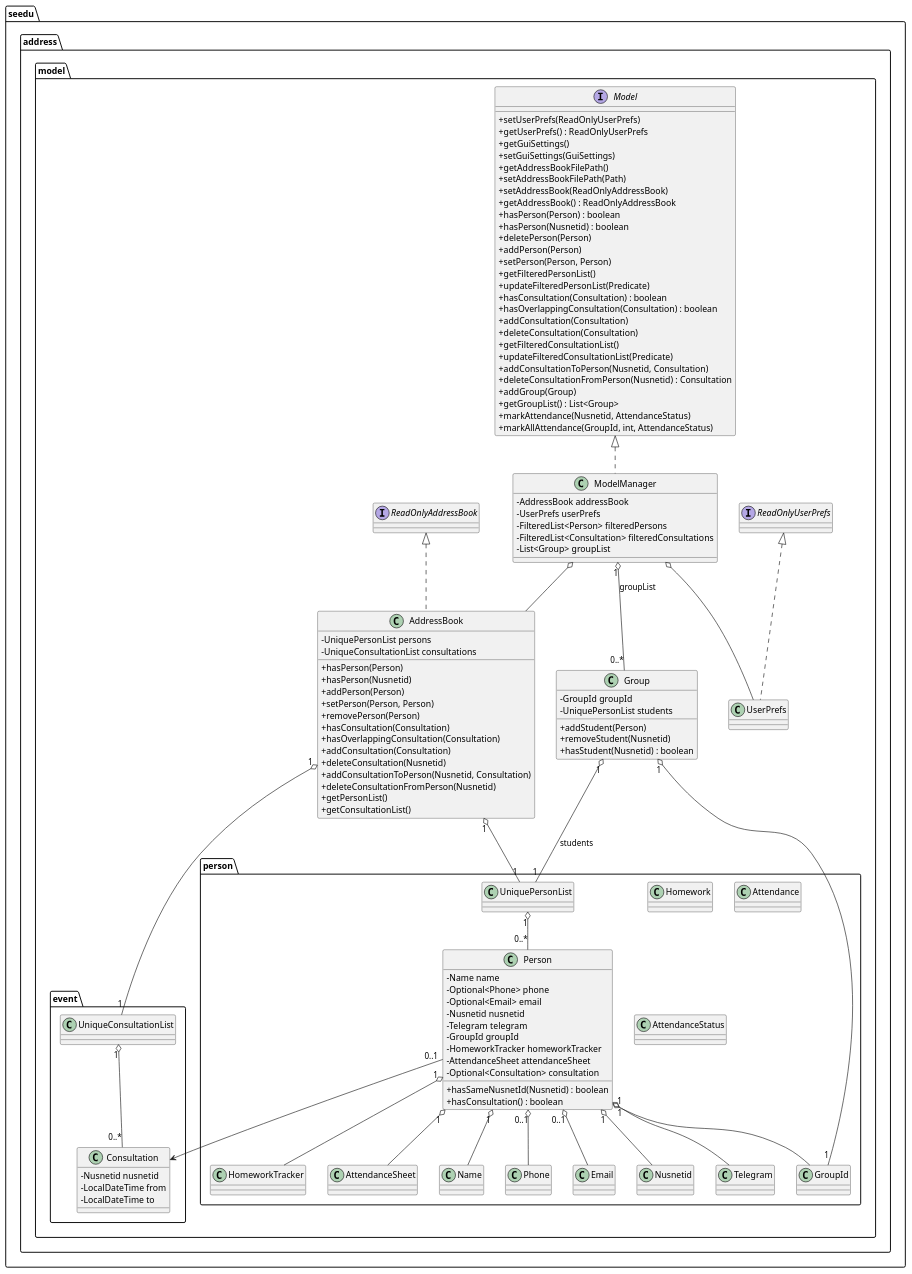
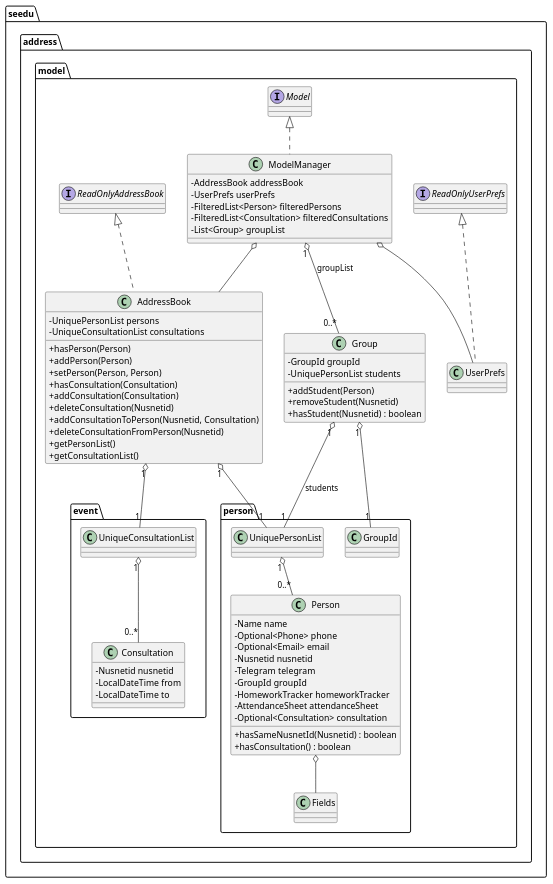
One commit to chuckyang123/tp changed the diagram in docs/diagrams/BetterModelClassDiagram.puml. Above: the diagram before and after it, drawn with PlantUML. The commit also changed 3 other files, not shown here.

```diff
--- a/docs/diagrams/BetterModelClassDiagram.puml
+++ b/docs/diagrams/BetterModelClassDiagram.puml
@@ -1,144 +1,97 @@
 @startuml
 ' Better Model Class Diagram (accurate to current codebase)
 
 skinparam classAttributeIconSize 0
 
 package "seedu.address.model" {
   interface ReadOnlyAddressBook
 
   class AddressBook {
     - UniquePersonList persons
     - UniqueConsultationList consultations
     + hasPerson(Person)
-    + hasPerson(Nusnetid)
     + addPerson(Person)
     + setPerson(Person, Person)
-    + removePerson(Person)
     + hasConsultation(Consultation)
-    + hasOverlappingConsultation(Consultation)
     + addConsultation(Consultation)
     + deleteConsultation(Nusnetid)
     + addConsultationToPerson(Nusnetid, Consultation)
     + deleteConsultationFromPerson(Nusnetid)
     + getPersonList()
     + getConsultationList()
   }
 
   interface Model {
-    + setUserPrefs(ReadOnlyUserPrefs)
-    + getUserPrefs() : ReadOnlyUserPrefs
-    + getGuiSettings()
-    + setGuiSettings(GuiSettings)
-    + getAddressBookFilePath()
-    + setAddressBookFilePath(Path)
-    + setAddressBook(ReadOnlyAddressBook)
-    + getAddressBook() : ReadOnlyAddressBook
-    + hasPerson(Person) : boolean
-    + hasPerson(Nusnetid) : boolean
-    + deletePerson(Person)
-    + addPerson(Person)
-    + setPerson(Person, Person)
-    + getFilteredPersonList()
-    + updateFilteredPersonList(Predicate)
-    + hasConsultation(Consultation) : boolean
-    + hasOverlappingConsultation(Consultation) : boolean
-    + addConsultation(Consultation)
-    + deleteConsultation(Consultation)
-    + getFilteredConsultationList()
-    + updateFilteredConsultationList(Predicate)
-    + addConsultationToPerson(Nusnetid, Consultation)
-    + deleteConsultationFromPerson(Nusnetid) : Consultation
-    + addGroup(Group)
-    + getGroupList() : List<Group>
-    + markAttendance(Nusnetid, AttendanceStatus)
-    + markAllAttendance(GroupId, int, AttendanceStatus)
+
   }
 
   class ModelManager {
     - AddressBook addressBook
     - UserPrefs userPrefs
     - FilteredList<Person> filteredPersons
     - FilteredList<Consultation> filteredConsultations
     - List<Group> groupList
   }
 
   class UserPrefs
   interface ReadOnlyUserPrefs
 
   class Group {
     - GroupId groupId
     - UniquePersonList students
     + addStudent(Person)
     + removeStudent(Nusnetid)
     + hasStudent(Nusnetid) : boolean
   }
 }
 
 package "seedu.address.model.person" {
   class UniquePersonList
 
   class Person {
     - Name name
     - Optional<Phone> phone
     - Optional<Email> email
     - Nusnetid nusnetid
     - Telegram telegram
     - GroupId groupId
     - HomeworkTracker homeworkTracker
     - AttendanceSheet attendanceSheet
     - Optional<Consultation> consultation
     + hasSameNusnetId(Nusnetid) : boolean
     + hasConsultation() : boolean
   }
-
-  class HomeworkTracker
-  class Homework
-  class AttendanceSheet
-  class Attendance
-  class AttendanceStatus
-  class Name
-  class Phone
-  class Email
-  class Nusnetid
-  class Telegram
-  class GroupId
+  class Fields {
+  }
 }
 
 package "seedu.address.model.event" {
   class Consultation {
     - Nusnetid nusnetid
     - LocalDateTime from
     - LocalDateTime to
   }
   class UniqueConsultationList
 }
 
 ' interfaces and implementation
 ReadOnlyAddressBook <|.. AddressBook
 Model <|.. ModelManager
 ReadOnlyUserPrefs <|.. UserPrefs
 
 ' major compositions/associations
 ModelManager o-- AddressBook
 ModelManager o-- UserPrefs
 ModelManager "1" o-- "0..*" Group : groupList
 
 AddressBook "1" o-- "1" UniquePersonList
 AddressBook "1" o-- "1" UniqueConsultationList
 UniquePersonList "1" o-- "0..*" Person
 UniqueConsultationList "1" o-- "0..*" Consultation
 
 Group "1" o-- "1" seedu.address.model.person.GroupId
 Group "1" o-- "1" UniquePersonList : students
 
-Person "1" o-- Name
-Person "0..1" o-- Phone
-Person "0..1" o-- Email
-Person "1" o-- Nusnetid
-Person "1" o-- Telegram
-Person "1" o-- GroupId
-Person "1" o-- HomeworkTracker
-Person "1" o-- AttendanceSheet
-Person "0..1" --> Consultation
+Person  o-- Fields
 
 @enduml
```
